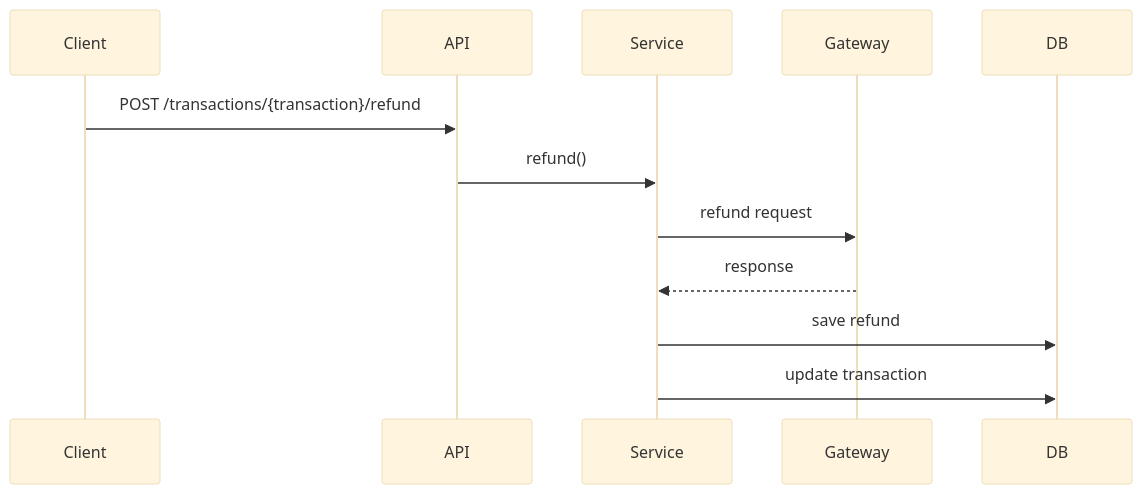
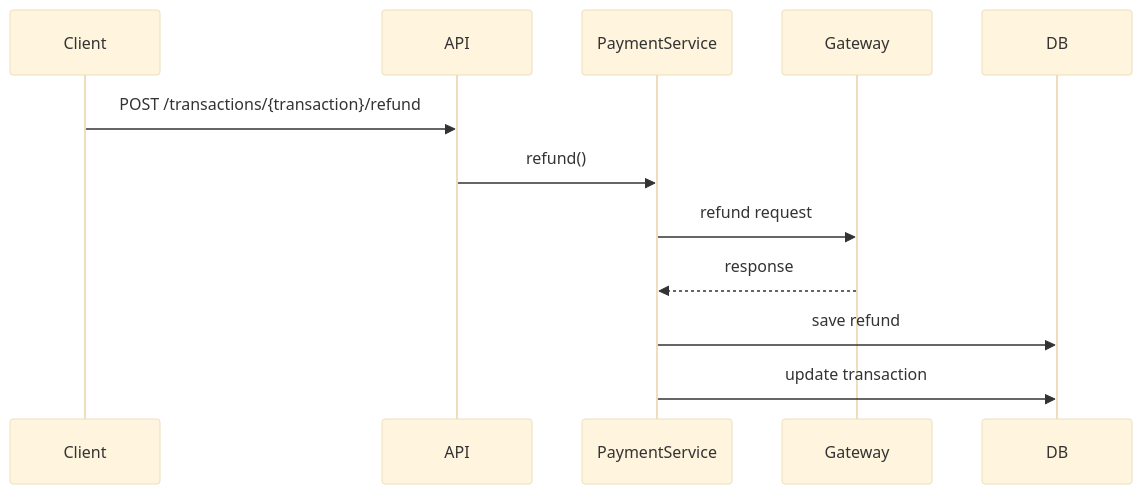
One commit to Henri-Di/bemobile-backend-challenge changed the fourth of 4 diagrams in README.md. Above: the diagram before and after it, drawn with Mermaid (base theme). The commit also changed other lines of this file, not shown here.

Commit message:
docs: enhance README with architecture diagrams, payment flows, ER model and improved project documentation

````diff
--- a/README.md
+++ b/README.md
@@ -323,18 +322,18 @@
 ```mermaid
 sequenceDiagram
 
 participant Client
 participant API
-participant Service
+participant PaymentService
 participant Gateway
 participant DB
 
 Client->>API: POST /transactions/{transaction}/refund
-API->>Service: refund()
+API->>PaymentService: refund()
 
-Service->>Gateway: refund request
-Gateway-->>Service: response
+PaymentService->>Gateway: refund request
+Gateway-->>PaymentService: response
 
-Service->>DB: save refund
-Service->>DB: update transaction
+PaymentService->>DB: save refund
+PaymentService->>DB: update transaction
 ```
````
